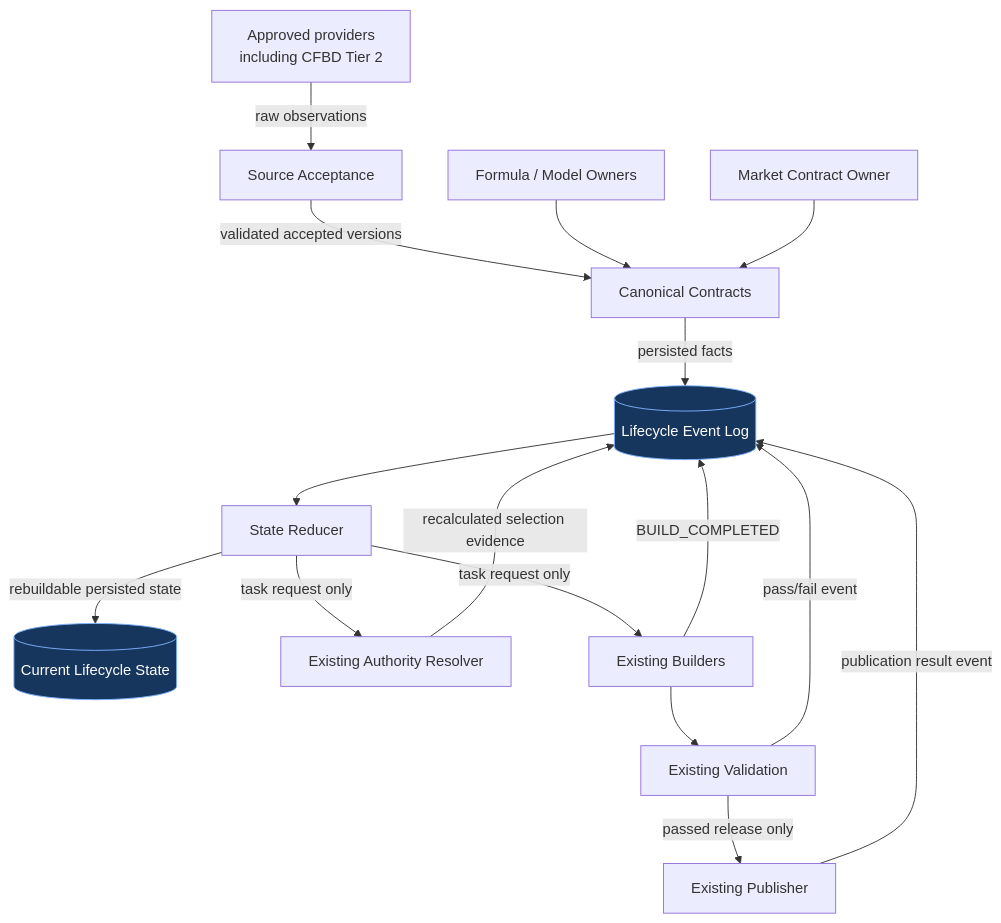
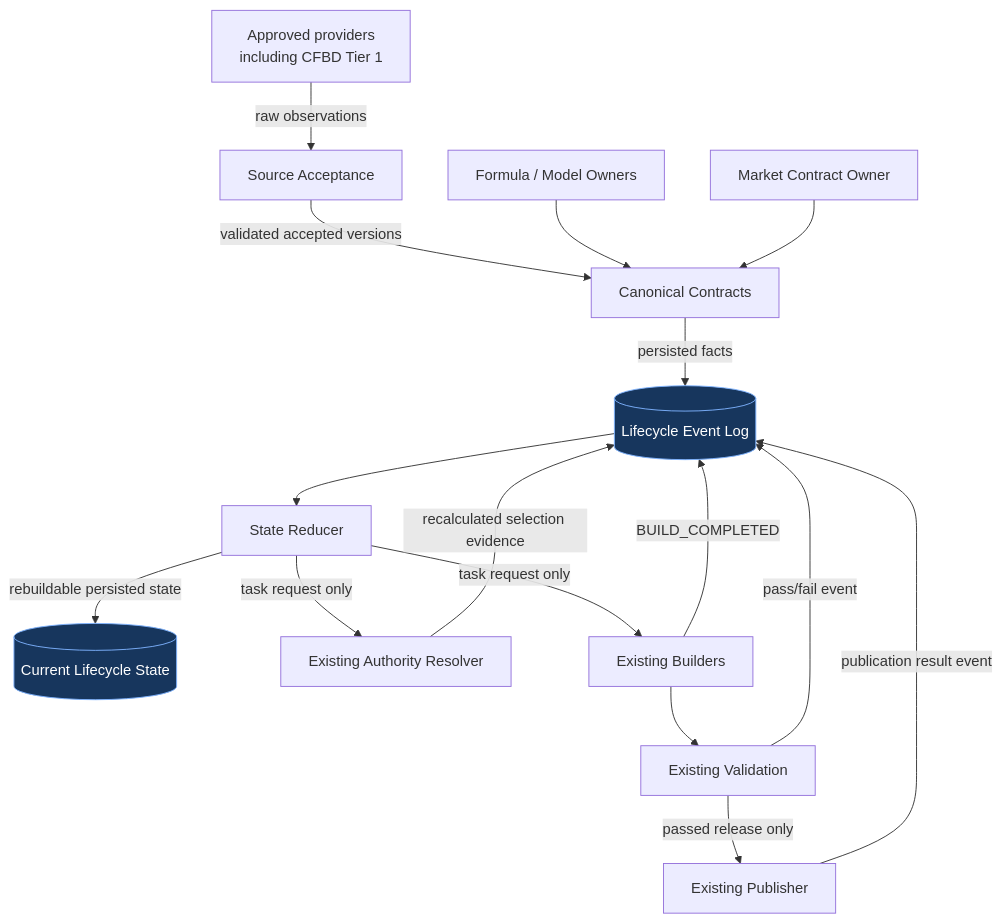
One commit to barnsey1210/2026_NCAA_Football changed the second of 2 diagrams in docs/WAR_ROOM_LIFECYCLE_OPERATIONAL_MODEL.md. Above: the diagram before and after it, drawn with Mermaid. The commit also changed other lines of this file and 17 other files, not shown here.

````diff
--- a/docs/WAR_ROOM_LIFECYCLE_OPERATIONAL_MODEL.md
+++ b/docs/WAR_ROOM_LIFECYCLE_OPERATIONAL_MODEL.md
@@ -340,22 +340,22 @@
 ```mermaid
 flowchart TD
-  P[Approved providers<br/>including CFBD Tier 2] -->|raw observations| SA[Source Acceptance]
+  P[Approved providers<br/>including CFBD Tier 1] -->|raw observations| SA[Source Acceptance]
   SA -->|validated accepted versions| CC[Canonical Contracts]
   CC -->|persisted facts| EV[(Lifecycle Event Log)]
   EV --> SR[State Reducer]
   SR -->|rebuildable persisted state| CS[(Current Lifecycle State)]
   SR -->|task request only| AO[Existing Authority Resolver]
   AO -->|recalculated selection evidence| EV
   SR -->|task request only| B[Existing Builders]
   B -->|BUILD_COMPLETED| EV
   B --> V[Existing Validation]
   V -->|pass/fail event| EV
   V -->|passed release only| PUB[Existing Publisher]
   PUB -->|publication result event| EV
 
   F[Formula / Model Owners] --> CC
   M[Market Contract Owner] --> CC
 
   classDef persisted fill:#17365d,stroke:#7fb3ff,color:#fff
   class EV,CS persisted
 ```
````
